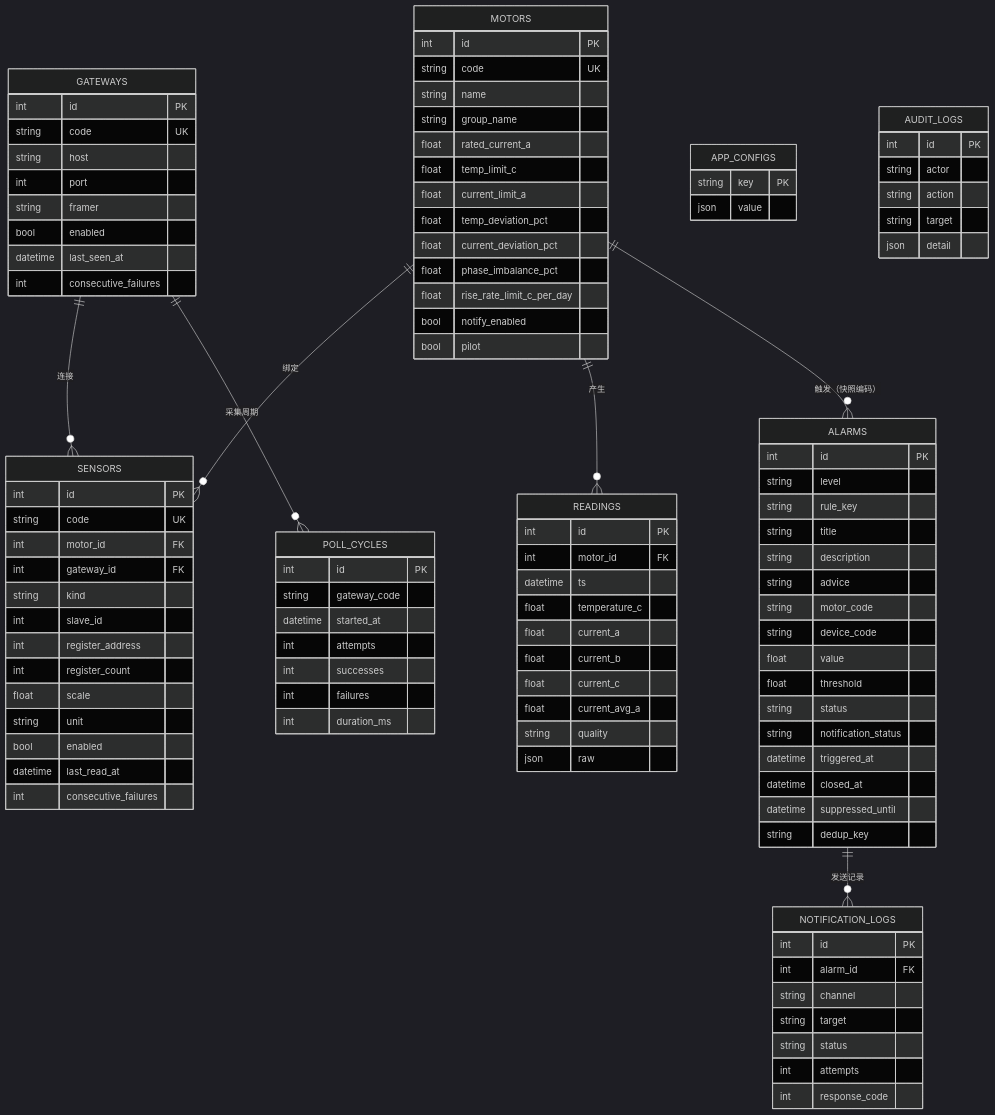
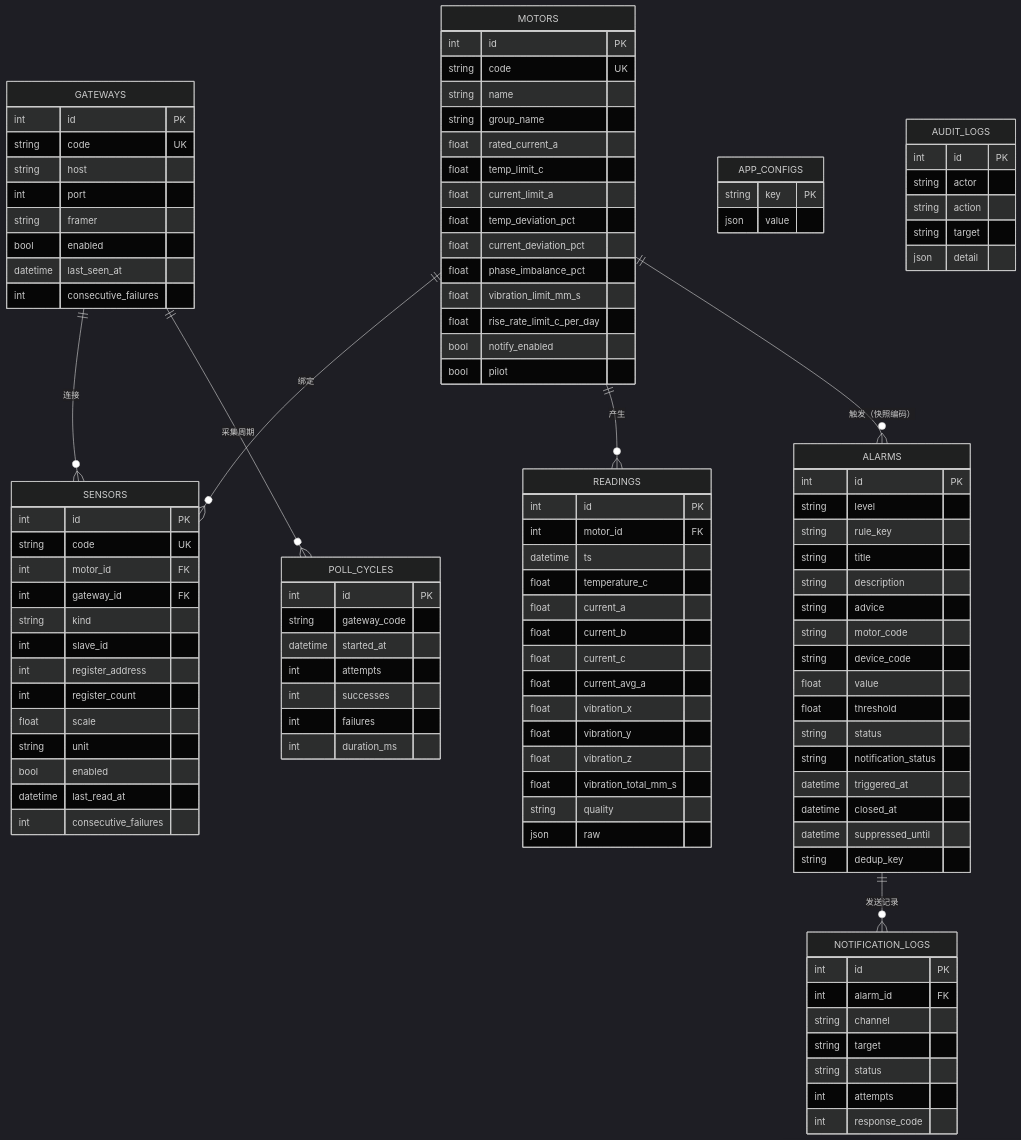
The second of 2 diagrams in docs/02-整体框架设计.md (fuqin123/motor_testing_system), drawn with Mermaid (dark theme) before and after one commit. The commit also changed other lines of this file and 8 other files, not shown here.

```diff
--- a/docs/02-整体框架设计.md
+++ b/docs/02-整体框架设计.md
@@ -110,6 +111,7 @@
         float temp_deviation_pct
         float current_deviation_pct
         float phase_imbalance_pct
+        float vibration_limit_mm_s
         float rise_rate_limit_c_per_day
         bool notify_enabled
         bool pilot
@@ -138,6 +140,10 @@
         float current_b
         float current_c
         float current_avg_a
+        float vibration_x
+        float vibration_y
+        float vibration_z
+        float vibration_total_mm_s
         string quality
         json raw
     }
```
